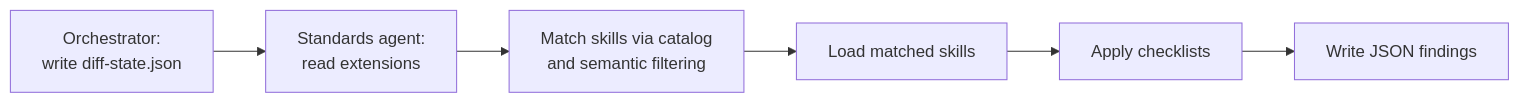
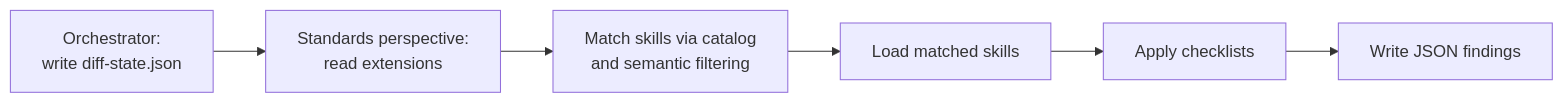
Before and after one commit to microsoft/hve-core: the first of 2 diagrams in docs/agents/code-review/language-skills.md, drawn with Mermaid. The commit also changed other lines of this file and 87 other files, not shown here.

````diff
--- a/docs/agents/code-review/language-skills.md
+++ b/docs/agents/code-review/language-skills.md
@@ -34,8 +30,8 @@
 ```mermaid
 flowchart LR
-  A["Orchestrator:<br/>write diff-state.json"] --> B["Standards agent:<br/>read extensions"]
+  A["Orchestrator:<br/>write diff-state.json"] --> B["Standards perspective:<br/>read extensions"]
   B --> C["Match skills via catalog<br/>and semantic filtering"]
   C --> D["Load matched skills"]
   D --> E["Apply checklists"]
   E --> F["Write JSON findings"]
 ```
````
